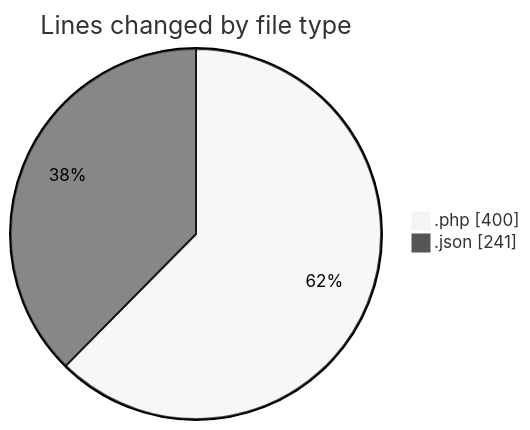
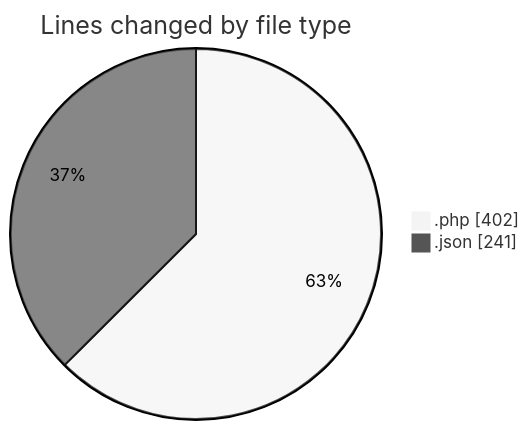
One commit to idhammustaqopulfikri/code-tracking changed the first of 2 diagrams in 2025-03-29/autodidak/README.md. Above: the diagram before and after it, drawn with Mermaid (neutral theme). The commit also changed other lines of this file and 1 other file, not shown here.

````diff
--- a/2025-03-29/autodidak/README.md
+++ b/2025-03-29/autodidak/README.md
@@ -28,6 +28,6 @@
 ```mermaid
 pie showData
 title Lines changed by file type
-".php" : 400
+".php" : 402
 ".json" : 241
 ```
````
